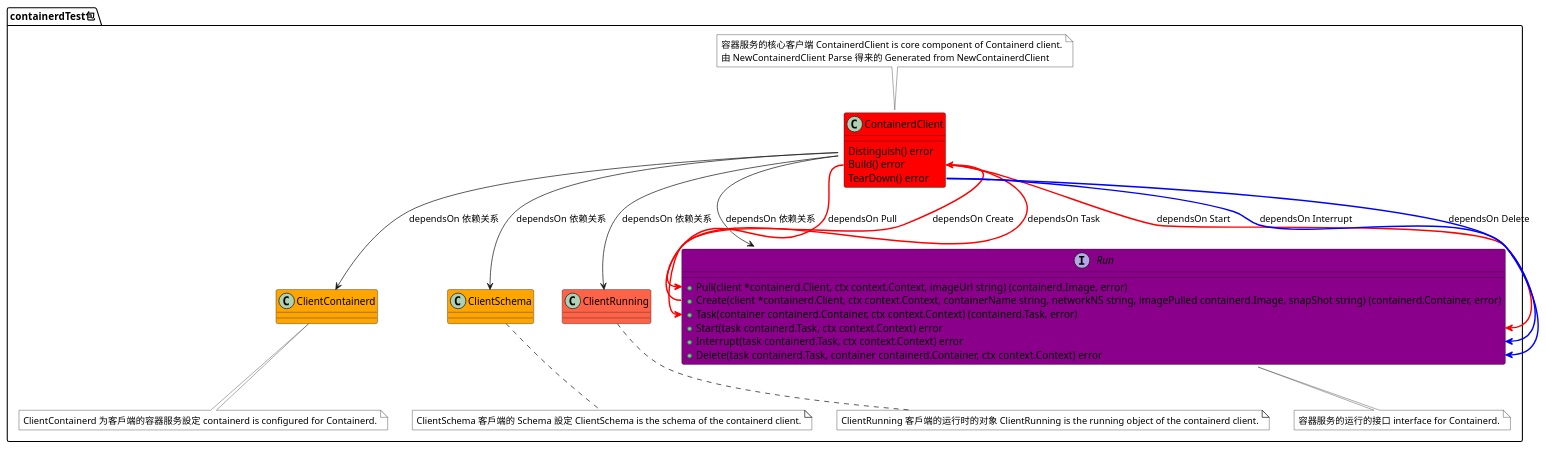
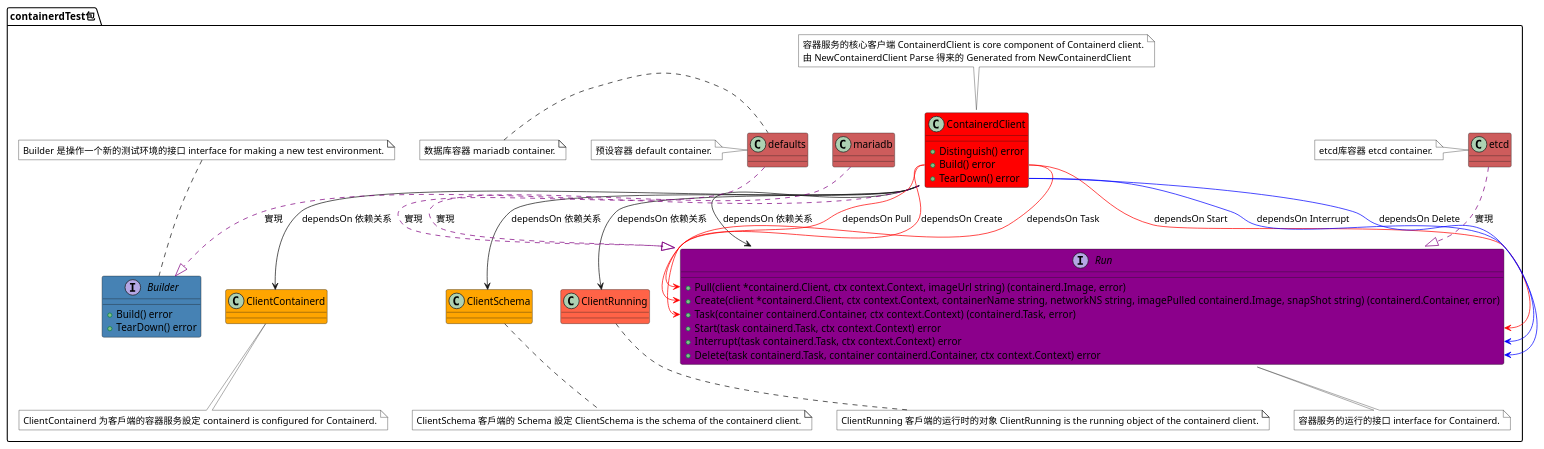
Before and after one commit to panhongrainbow/Gaea: the diagram in util/mocks/containerdTest/统一建模语言/类图.puml, drawn with PlantUML. The commit also changed 4 other files, not shown here.

Commit message:
test: create new builder

```diff
--- a/util/mocks/containerdTest/统一建模语言/类图.puml
+++ b/util/mocks/containerdTest/统一建模语言/类图.puml
@@ -1,82 +1,122 @@
 @startuml
 
 '预设背景的颜色
 skinparam NoteBackgroundColor white
 
 '整个 Containerd 运作的类图
 
 package containerdTest包 {
+    '客户端介面
+    interface Builder {
+        + Build() error
+        + TearDown() error
+    }
+    interface Builder #back:steelblue
+    note top of Builder {
+        Builder 是操作一个新的测试环境的接口 interface for making a new test environment.
+    }
+
     '核心类
     class ContainerdClient {
-        Distinguish() error
-        Build() error
-        TearDown() error
+        + Distinguish() error
+        + Build() error
+        + TearDown() error
     }
     class ContainerdClient #back:red
     note top of ContainerdClient {
         容器服务的核心客户端 ContainerdClient is core component of Containerd client.
         由 NewContainerdClient Parse 得来的 Generated from NewContainerdClient
     }
 
     '核心类的设定
 
     '核心类的容器设定
     class ClientContainerd {
     }
     class ClientContainerd #back:orange
     note bottom of ClientContainerd {
         ClientContainerd 为客戶端的容器服务設定 containerd is configured for Containerd.
     }
 
     '核心类的 Schema 设定
     class ClientSchema {
     }
     class ClientSchema #back:orange
     note bottom of ClientSchema {
         ClientSchema 客戶端的 Schema 設定 ClientSchema is the schema of the containerd client.
     }
 
     '核心类的容器运行时的对象
     class ClientRunning {
     }
     class ClientRunning #back:tomato
     note bottom of ClientRunning {
         ClientRunning 客戶端的运行时的对象 ClientRunning is the running object of the containerd client.
     }
 
     '核心类的执行接口
     interface Run {
     	+ Pull(client *containerd.Client, ctx context.Context, imageUrl string) (containerd.Image, error)
     	+ Create(client *containerd.Client, ctx context.Context, containerName string, networkNS string, imagePulled containerd.Image, snapShot string) (containerd.Container, error)
     	+ Task(container containerd.Container, ctx context.Context) (containerd.Task, error)
     	+ Start(task containerd.Task, ctx context.Context) error
     	+ Interrupt(task containerd.Task, ctx context.Context) error
     	+ Delete(task containerd.Task, container containerd.Container, ctx context.Context) error
     }
     interface Run #back:darkmagenta
     note bottom of Run {
         容器服务的运行的接口 interface for Containerd.
     }
 
+    '实现执行接口的类
+    class defaults {
+    }
+    class defaults #back:indianred
+    note left of defaults {
+        预设容器 default container.
+    }
+
+    class mariadb {
+    }
+    class mariadb #back:indianred
+    note left of defaults {
+        数据库容器 mariadb container.
+    }
+
+    class etcd {
+    }
+    class etcd #back:indianred
+    note left of etcd {
+        etcd库容器 etcd container.
+    }
+
     '核心类的设定档关连
     ContainerdClient --> ClientContainerd: dependsOn 依赖关系
     ContainerdClient --> ClientSchema: dependsOn 依赖关系
 
     '核心类的执行物件的关连
     ContainerdClient --> ClientRunning: dependsOn 依赖关系
 
     '核心类的执行接口的关连
     ContainerdClient --> Run: dependsOn 依赖关系
 
+    '实现执行接口的类的关连
+    defaults .[#Purple].|> Run: 實現
+    mariadb .[#Purple].|> Run: 實現
+    etcd .[#Purple].|> Run: 實現
+
     '核心类的执行创建函数的关连
-    ContainerdClient::Build -[bold,#Red]-> Run::Pull: dependsOn Pull
-    ContainerdClient::Build -[bold,#Red]-> Run::Create: dependsOn Create
-    ContainerdClient::Build -[bold,#Red]-> Run::Task: dependsOn Task
-    ContainerdClient::Build -[bold,#Red]-> Run::Start: dependsOn Start
+    ContainerdClient::Build -[#Red]-> Run::Pull: dependsOn Pull
+    ContainerdClient::Build -[#Red]-> Run::Create: dependsOn Create
+    ContainerdClient::Build -[#Red]-> Run::Task: dependsOn Task
+    ContainerdClient::Build -[#Red]-> Run::Start: dependsOn Start
 
     '核心类的执行拆除函数的关连
-    ContainerdClient::TearDown -[bold,#Blue]-> Run::Interrupt: dependsOn Interrupt
-    ContainerdClient::TearDown -[bold,#Blue]-> Run::Delete: dependsOn Delete
+    ContainerdClient::TearDown -[#Blue]-> Run::Interrupt: dependsOn Interrupt
+    ContainerdClient::TearDown -[#Blue]-> Run::Delete: dependsOn Delete
+
+    '客户端介面的关连
+    ContainerdClient .[#Purple].|> Builder: 實現
 }
 
 @enduml
```
